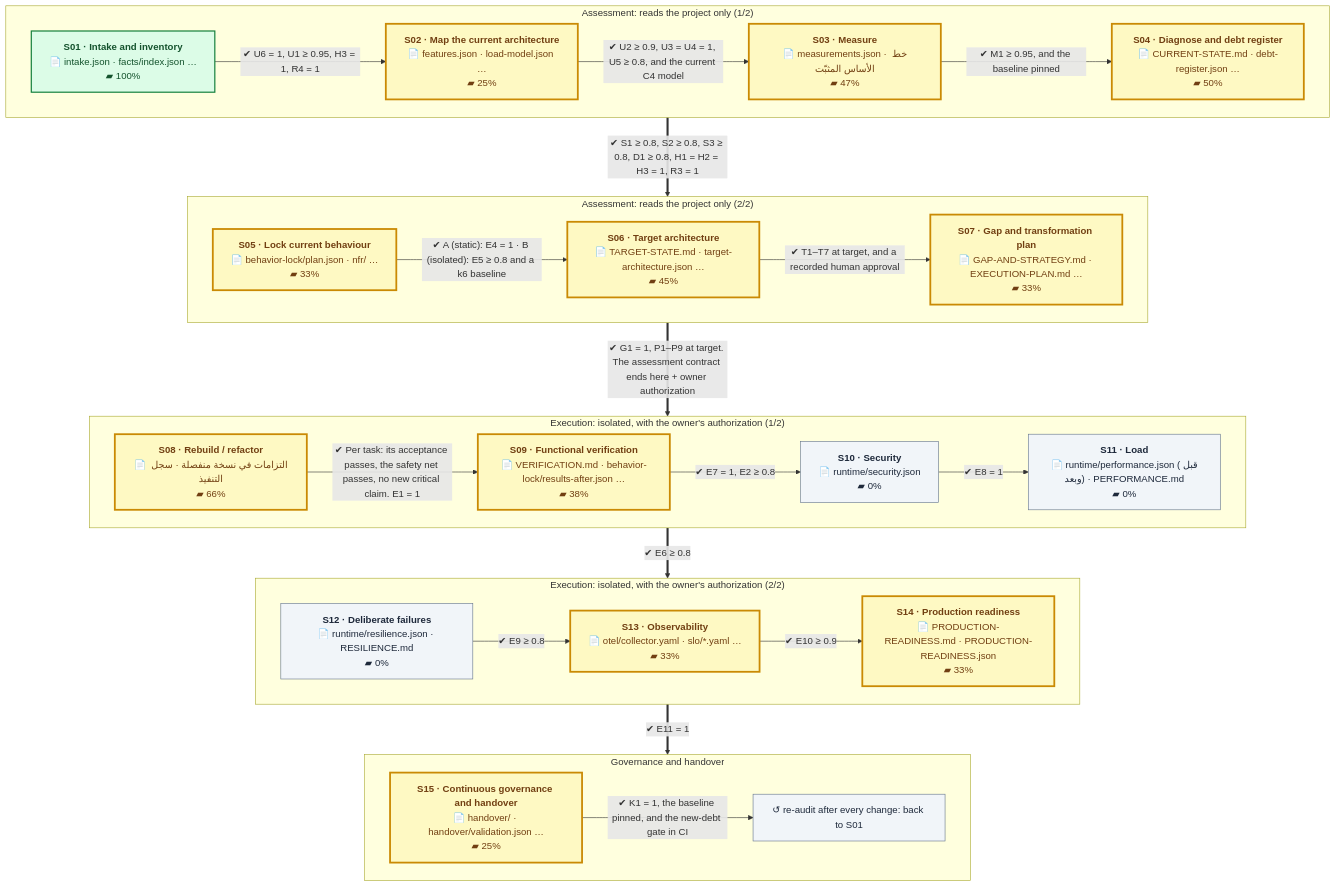
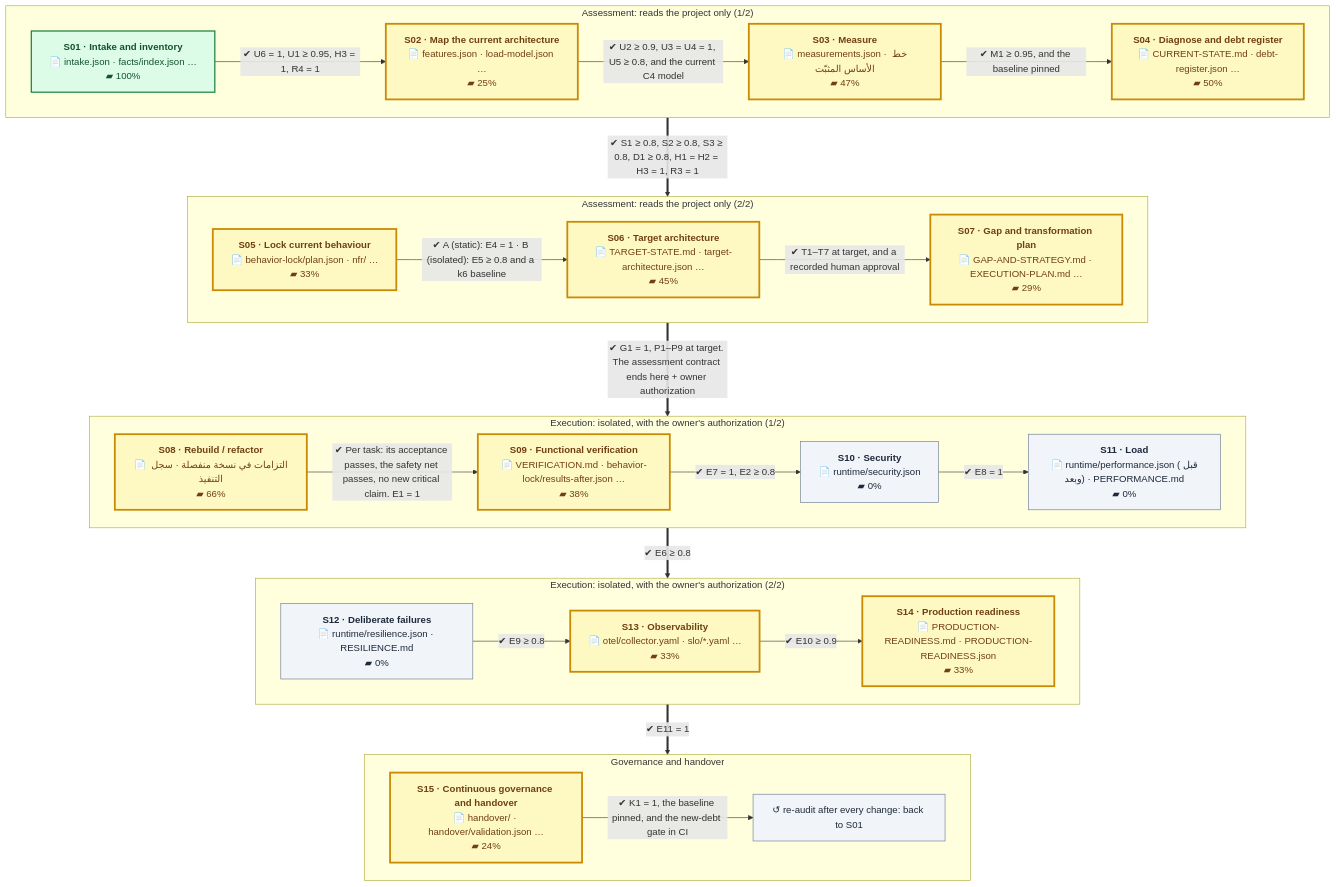
One commit to eom1417/engineering-audit-os changed the first of 2 diagrams in README.en.md. Above: the diagram before and after it, drawn with Mermaid. The commit also changed other lines of this file and 17 other files, not shown here.

````diff
--- a/README.en.md
+++ b/README.en.md
@@ -52,54 +52,54 @@
 ```mermaid
 %%{init: {'flowchart': {'wrappingWidth': 260, 'nodeSpacing': 40, 'rankSpacing': 60}}}%%
 flowchart TB
     subgraph P1["Assessment: reads the project only (1/2)"]
         direction LR
         S01["<b>S01 · Intake and inventory</b><br/>📄 intake.json · facts/index.json …<br/>▰ 100%"]:::done
         S02["<b>S02 · Map the current architecture</b><br/>📄 features.json · load-model.json …<br/>▰ 25%"]:::current
         S03["<b>S03 · Measure</b><br/>📄 measurements.json · خط الأساس المثبّت<br/>▰ 47%"]:::current
         S04["<b>S04 · Diagnose and debt register</b><br/>📄 CURRENT-STATE.md · debt-register.json …<br/>▰ 50%"]:::current
         S01 -->|"✔ U6 = 1, U1 ≥ 0.95, H3 = 1, R4 = 1"| S02
         S02 -->|"✔ U2 ≥ 0.9, U3 = U4 = 1, U5 ≥ 0.8, and the current C4 model"| S03
         S03 -->|"✔ M1 ≥ 0.95, and the baseline pinned"| S04
     end
     subgraph P2["Assessment: reads the project only (2/2)"]
         direction LR
         S05["<b>S05 · Lock current behaviour</b><br/>📄 behavior-lock/plan.json · nfr/ …<br/>▰ 33%"]:::current
         S06["<b>S06 · Target architecture</b><br/>📄 TARGET-STATE.md · target-architecture.json …<br/>▰ 45%"]:::current
-        S07["<b>S07 · Gap and transformation plan</b><br/>📄 GAP-AND-STRATEGY.md · EXECUTION-PLAN.md …<br/>▰ 33%"]:::current
+        S07["<b>S07 · Gap and transformation plan</b><br/>📄 GAP-AND-STRATEGY.md · EXECUTION-PLAN.md …<br/>▰ 29%"]:::current
         S05 -->|"✔ A (static): E4 = 1 · B (isolated): E5 ≥ 0.8 and a k6 baseline"| S06
         S06 -->|"✔ T1–T7 at target, and a recorded human approval"| S07
     end
     subgraph P3["Execution: isolated, with the owner's authorization (1/2)"]
         direction LR
         S08["<b>S08 · Rebuild / refactor</b><br/>📄 التزامات في نسخة منفصلة · سجل التنفيذ<br/>▰ 66%"]:::current
         S09["<b>S09 · Functional verification</b><br/>📄 VERIFICATION.md · behavior-lock/results-after.json …<br/>▰ 38%"]:::current
         S10["<b>S10 · Security</b><br/>📄 runtime/security.json<br/>▰ 0%"]:::next
         S11["<b>S11 · Load</b><br/>📄 runtime/performance.json (قبل وبعد) · PERFORMANCE.md<br/>▰ 0%"]:::next
         S08 -->|"✔ Per task: its acceptance passes, the safety net passes, no new critical claim. E1 = 1"| S09
         S09 -->|"✔ E7 = 1, E2 ≥ 0.8"| S10
         S10 -->|"✔ E8 = 1"| S11
     end
     subgraph P4["Execution: isolated, with the owner's authorization (2/2)"]
         direction LR
         S12["<b>S12 · Deliberate failures</b><br/>📄 runtime/resilience.json · RESILIENCE.md<br/>▰ 0%"]:::next
         S13["<b>S13 · Observability</b><br/>📄 otel/collector.yaml · slo/*.yaml …<br/>▰ 33%"]:::current
         S14["<b>S14 · Production readiness</b><br/>📄 PRODUCTION-READINESS.md · PRODUCTION-READINESS.json<br/>▰ 33%"]:::current
         S12 -->|"✔ E9 ≥ 0.8"| S13
         S13 -->|"✔ E10 ≥ 0.9"| S14
     end
     subgraph P5["Governance and handover"]
         direction LR
-        S15["<b>S15 · Continuous governance and handover</b><br/>📄 handover/ · handover/validation.json …<br/>▰ 25%"]:::current
+        S15["<b>S15 · Continuous governance and handover</b><br/>📄 handover/ · handover/validation.json …<br/>▰ 24%"]:::current
         LOOP["↺ re-audit after every change: back to S01"]:::next
         S15 -->|"✔ K1 = 1, the baseline pinned, and the new-debt gate in CI"| LOOP
     end
     P1 ==>|"✔ S1 ≥ 0.8, S2 ≥ 0.8, S3 ≥ 0.8, D1 ≥ 0.8, H1 = H2 = H3 = 1, R3 = 1"| P2
     P2 ==>|"✔ G1 = 1, P1–P9 at target. The assessment contract ends here + owner authorization"| P3
     P3 ==>|"✔ E6 ≥ 0.8"| P4
     P4 ==>|"✔ E11 = 1"| P5
     classDef done fill:#dcfce7,stroke:#15803d,color:#14532d,stroke-width:2px
     classDef current fill:#fef9c3,stroke:#ca8a04,color:#713f12,stroke-width:3px
     classDef next fill:#f1f5f9,stroke:#64748b,color:#1e293b
     classDef owner fill:#fee2e2,stroke:#b91c1c,color:#7f1d1d,stroke-dasharray:5 3
 ```
````
